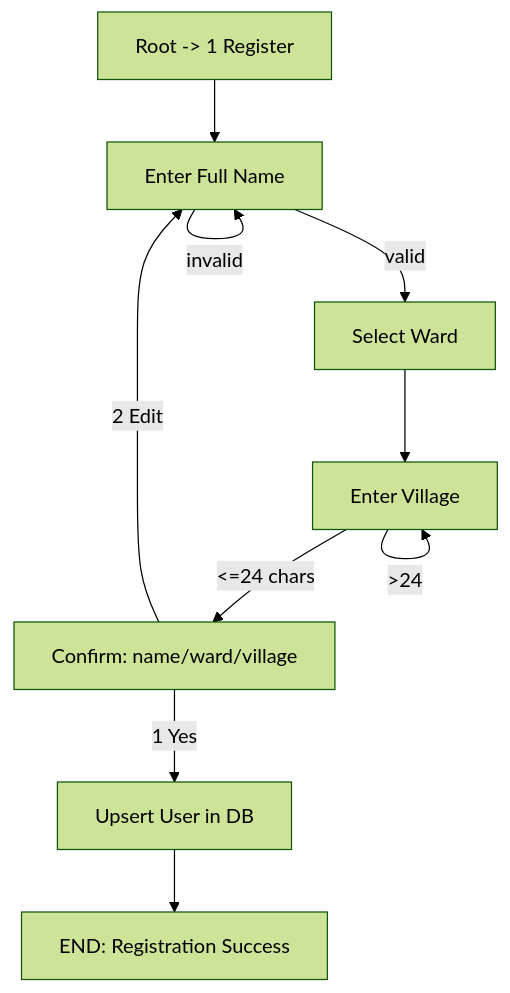
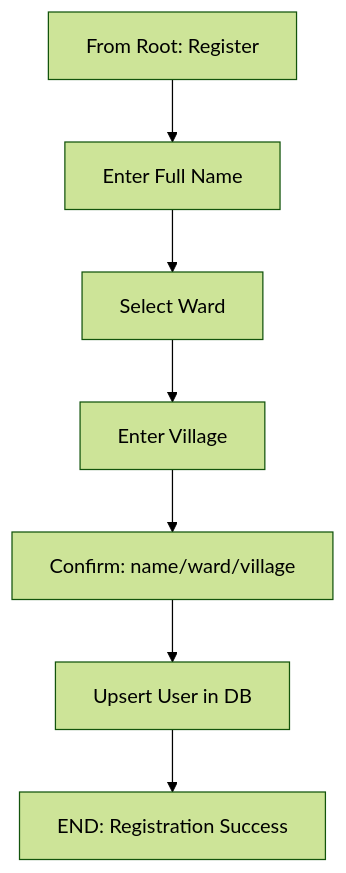
The fourth of 10 diagrams in USSD_SYSTEM_DIAGRAMS.md (Vulimwa/hifadhi-ussd), drawn with Mermaid (forest theme) before and after one commit. The commit also changed other lines of this file, not shown here.

Commit message:
Fixed the erd rendering issues

````diff
--- a/USSD_SYSTEM_DIAGRAMS.md
+++ b/USSD_SYSTEM_DIAGRAMS.md
@@ -108,12 +108,9 @@
 ```mermaid
 flowchart TD
-    A[Root -> 1 Register] --> B[Enter Full Name]
-    B -->|valid| C[Select Ward]
-    B -->|invalid| B
+    A[From Root: Register] --> B[Enter Full Name]
+    B --> C[Select Ward]
     C --> D[Enter Village]
-    D -->|<=24 chars| E[Confirm: name/ward/village]
-    D -->|>24| D
-    E -->|1 Yes| F[Upsert User in DB]
-    E -->|2 Edit| B
+    D --> E[Confirm: name/ward/village]
+    E --> F[Upsert User in DB]
     F --> G[END: Registration Success]
 ```
````
